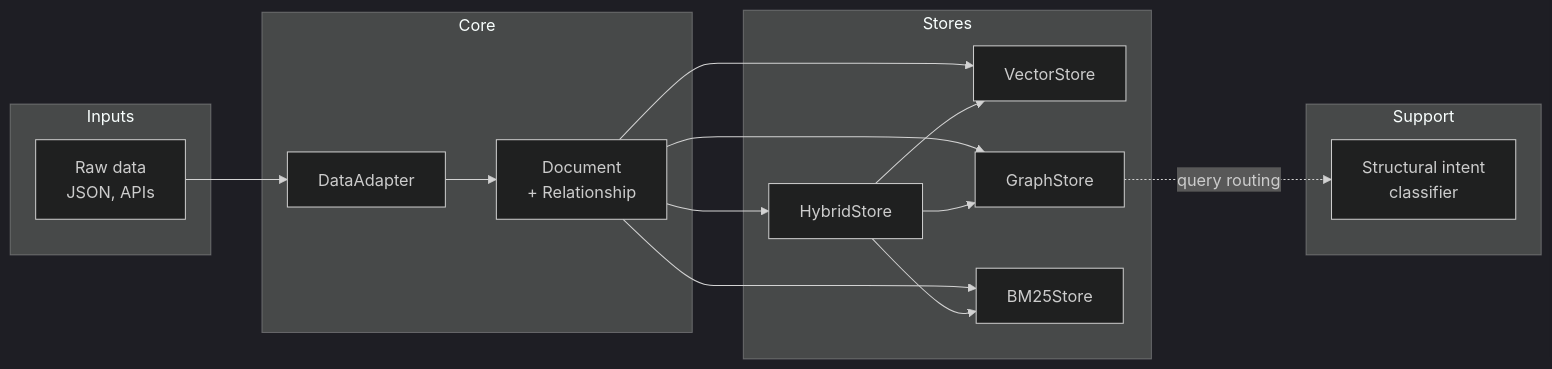
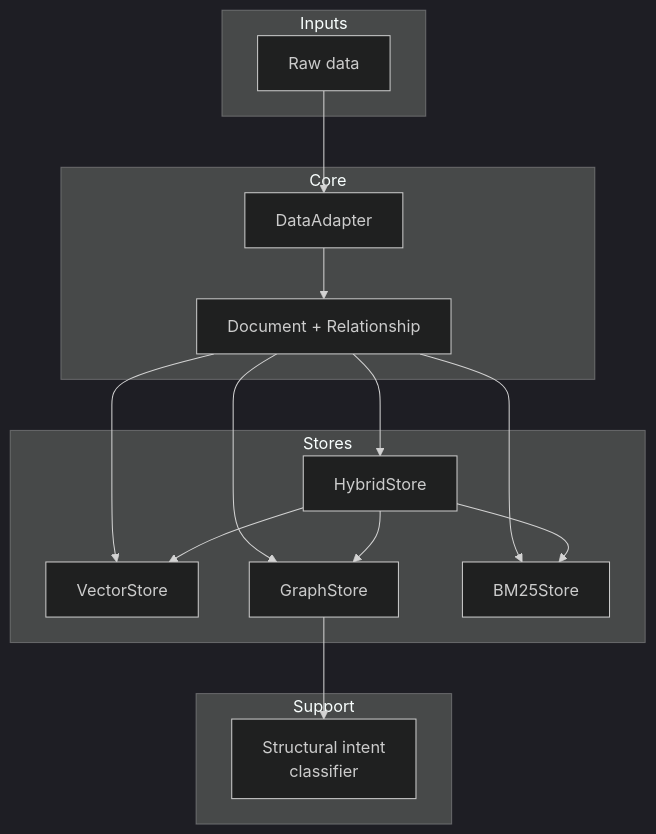
Before and after one commit to acardillo/polyester: the diagram in ARCHITECTURE.md, drawn with Mermaid (dark theme). The commit also changed other lines of this file, not shown here.

````diff
--- a/ARCHITECTURE.md
+++ b/ARCHITECTURE.md
@@ -13,33 +13,33 @@
 ```mermaid
-flowchart LR
+flowchart TD
     subgraph Inputs
-        A[Raw data\nJSON, APIs]
+        A[Raw data]
     end
 
     subgraph Core
         B[DataAdapter]
-        C[Document\n+ Relationship]
+        C[Document + Relationship]
     end
 
     subgraph Stores
         D[VectorStore]
         E[GraphStore]
         F[BM25Store]
         G[HybridStore]
     end
 
     subgraph Support
         H[Structural intent\nclassifier]
     end
 
     A --> B
     B --> C
     C --> D
     C --> E
     C --> F
     C --> G
-    E -.->|query routing| H
+    E --> H
     G --> D
     G --> E
     G --> F
 ```
````
